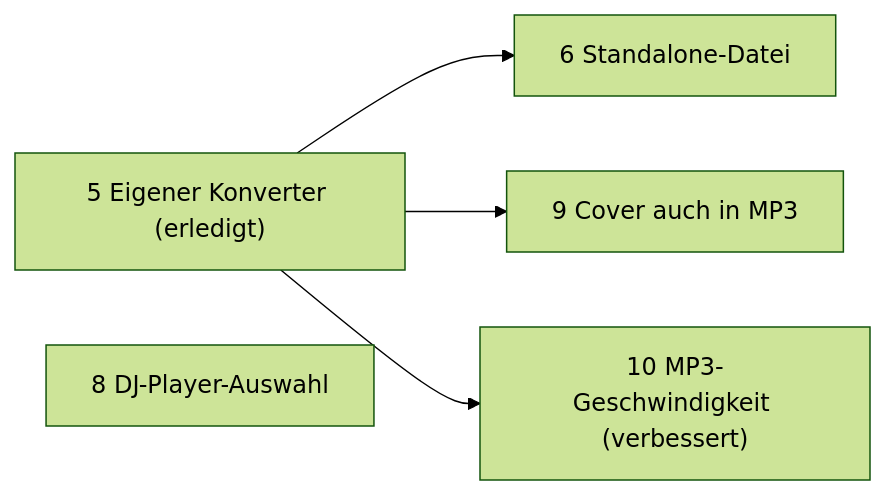
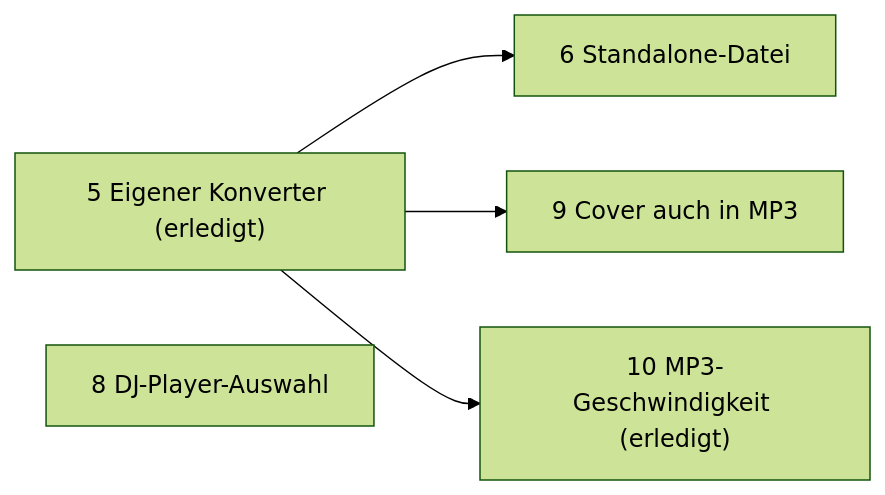
One commit to Senci/audio-konverter changed the diagram in wiki/offen.md. Above: the diagram before and after it, drawn with Mermaid (forest theme). The commit also changed other lines of this file, not shown here.

````diff
--- a/wiki/offen.md
+++ b/wiki/offen.md
@@ -3,7 +3,7 @@
 ```mermaid
 flowchart LR
     K["5 Eigener Konverter (erledigt)"] --> S["6 Standalone-Datei"]
     K --> Q["9 Cover auch in MP3"]
-    K --> R["10 MP3-Geschwindigkeit (verbessert)"]
+    K --> R["10 MP3-Geschwindigkeit (erledigt)"]
     D["8 DJ-Player-Auswahl"]
 ```
````
